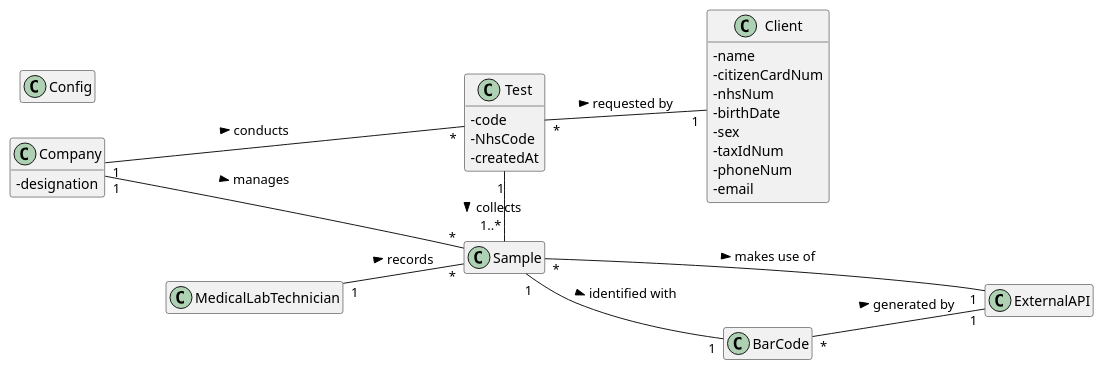
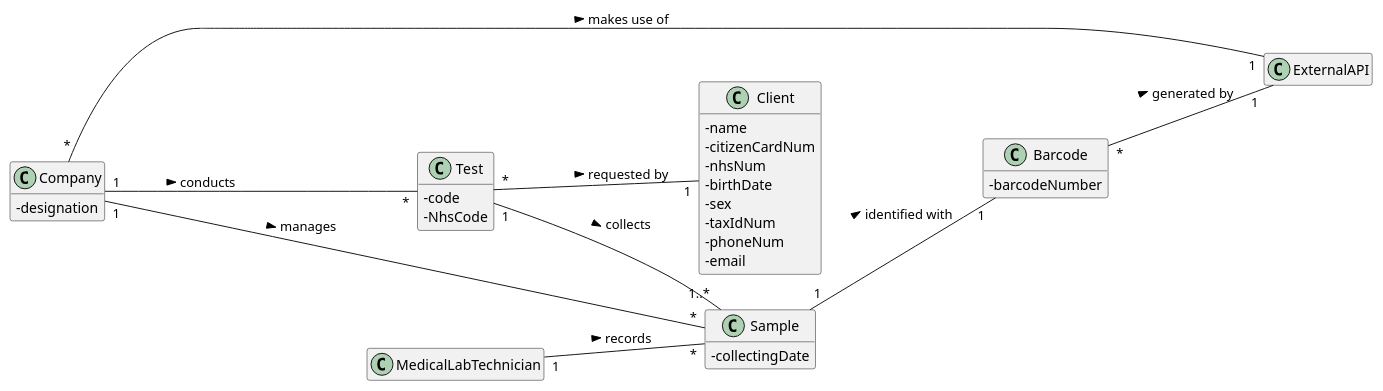
Before and after one commit to ana-albergaria/LAPR2-ISEP: the diagram in docs/SprintC/US_5/US5_DM.puml, drawn with PlantUML. The commit also changed 16 other files, not shown here.

Commit message:
US5 Correcting Rationale and Domain Model Diagram + US12 Code Continuation

```diff
--- a/docs/SprintC/US_5/US5_DM.puml
+++ b/docs/SprintC/US_5/US5_DM.puml
@@ -1,79 +1,82 @@
 @startuml
 
 skinparam classAttributeIconSize 0
 hide empty methods
 hide empty attributes
 left to right direction
 
 class MedicalLabTechnician{}
 
-class Sample{}
+class Sample{
+- collectingDate
+}
 
 class Test{
 - code
 - NhsCode
-- createdAt
 }
 
-class BarCode {}
+class Barcode {
+- barcodeNumber
+}
 
 class ExternalAPI{}
 
 /'class LabOrder{}'/
 
 class Client{
 - name
 - citizenCardNum
 - nhsNum
 - birthDate
 - sex
 - taxIdNum
 - phoneNum
 - email
 }
 
 /'
 class TestType{
 - code
 - description
 - collectingMethod
 }'/
 
 /'class Parameter {
   -code
   -shortName
   -description
 }'/
 
 class Company {
 -designation
 }
 
-class Config {}
+/'class Config {}'/
 
 
 
 
 MedicalLabTechnician "1" -- "*" Sample : records >
-Sample "1" -- "1" BarCode : identified with >
-BarCode "*" -- "1" ExternalAPI : generated by >
-Test "1" - "1..*" Sample : collects >
+Sample "1" -- "1" Barcode : identified with >
+Barcode "*" -- "1" ExternalAPI : generated by >
+Test "1" -- "1..*" Sample : collects >
 /'Test "1" --- "1" LabOrder : originates <'/
 /'LabOrder "1..*" --- "1" Client : provided by >'/
 
 /'comment line above'/
 /'Test "*" -- "1" TestType : classified as >'/
 
 /'LabOrder -- TestType : contains >'/
 /'LabOrder -- "1..*" Parameter : contains >'/
 
 /'ExternalAPI -- Config : defined by >'/
 Test "*" -- "1" Client : requested by >
-Sample "*" - "1" ExternalAPI : makes use of >
+Company "*" - "1" ExternalAPI : makes use of >
 Company "1" --- "*" Sample : manages >
 Company "1" --- "*" Test : conducts >
 
 
 
 
 @enduml
```
